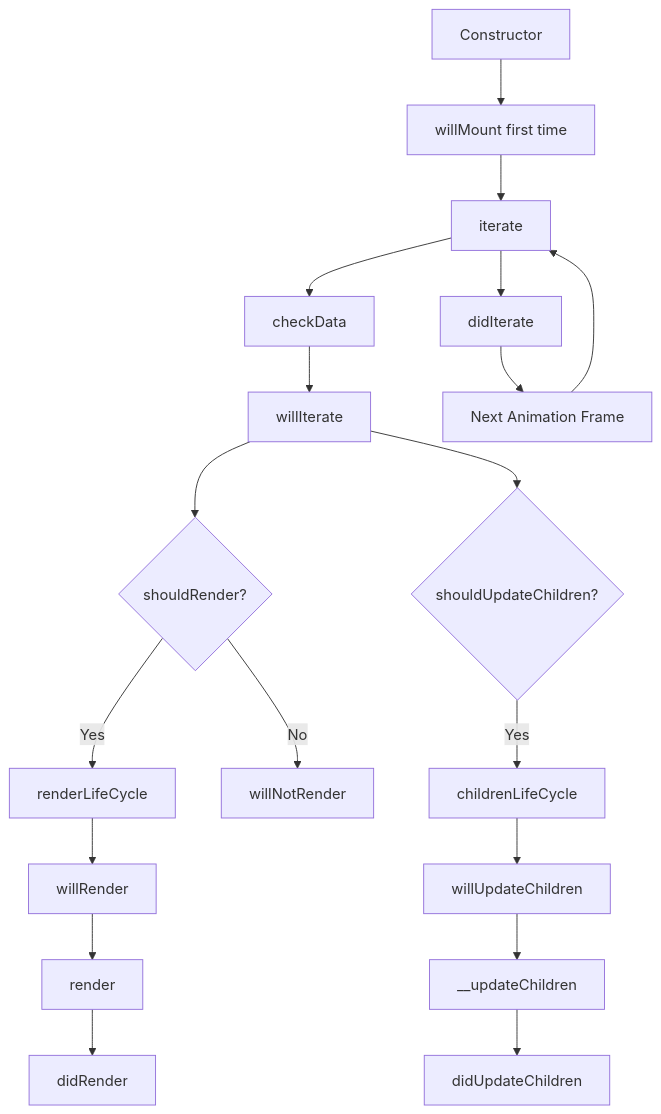
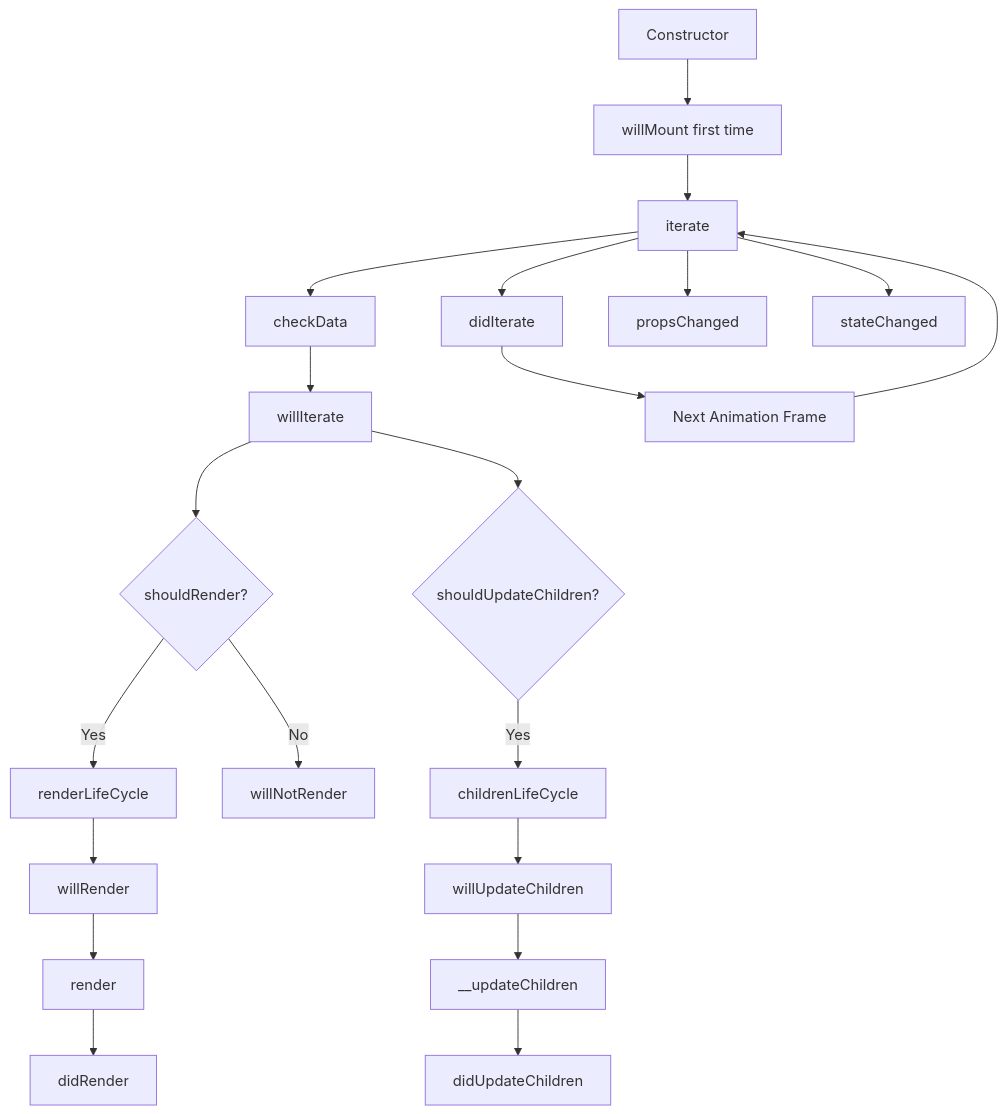
The second of 3 diagrams in docs/rendering/rendering-mechanism.md (gravity-ui/graph), drawn with Mermaid before and after one commit. The commit also changed other lines of this file and 31 other files, not shown here.

````diff
--- a/docs/rendering/rendering-mechanism.md
+++ b/docs/rendering/rendering-mechanism.md
@@ -77,21 +77,23 @@
 ```mermaid
 flowchart TD
     A[Constructor] --> B[willMount first time]
     B --> C[iterate]
     C --> D[checkData]
     D --> E[willIterate]
     E --> F{shouldRender?}
     F -->|Yes| G[renderLifeCycle]
     F -->|No| H[willNotRender]
     G --> I[willRender]
     I --> J[render]
     J --> K[didRender]
     E --> L{shouldUpdateChildren?}
     L -->|Yes| M[childrenLifeCycle]
     M --> N[willUpdateChildren]
     N --> O[__updateChildren]
     O --> P[didUpdateChildren]
     C --> Q[didIterate]
     Q --> R[Next Animation Frame]
     R --> C
+    C --> S[propsChanged]
+    C --> T[stateChanged]
 ```
````
